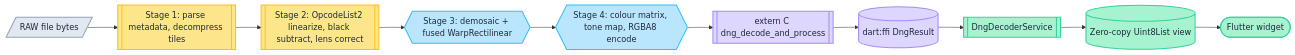
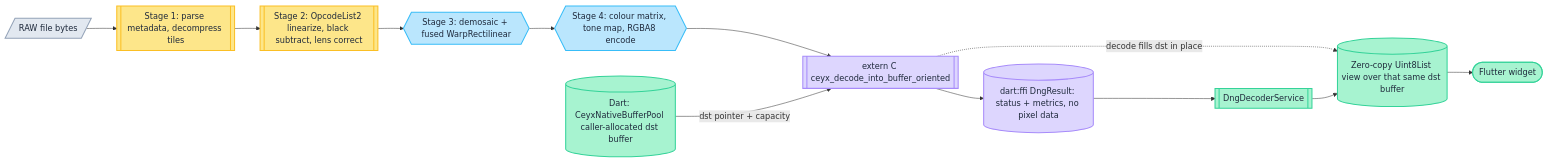
The first of 3 diagrams in README.md (jhangyu/ceyx), drawn with Mermaid before and after one commit. The commit also changed other lines of this file and 3 other files, not shown here.

First line of the commit message:
docs: document still-image codec services + native buffer pool; pod version bump

````diff
--- a/README.md
+++ b/README.md
@@ -186,24 +230,26 @@
 ```mermaid
 flowchart LR
     A[/"RAW file bytes"/] --> B[["Stage 1: parse metadata, decompress tiles"]]
     B --> C[["Stage 2: OpcodeList2 linearize, black subtract, lens correct"]]
     C --> D{{"Stage 3: demosaic + fused WarpRectilinear"}}
     D --> E{{"Stage 4: colour matrix, tone map, RGBA8 encode"}}
-    E --> F[["extern C dng_decode_and_process"]]
-    F --> G[("dart:ffi DngResult")]
+    E --> F[["extern C ceyx_decode_into_buffer_oriented"]]
+    Z[("Dart: CeyxNativeBufferPool caller-allocated dst buffer")] -->|"dst pointer + capacity"| F
+    F --> G[("dart:ffi DngResult: status + metrics, no pixel data")]
     G --> H[["DngDecoderService"]]
-    H --> I[("Zero-copy Uint8List view")]
+    F -.->|"decode fills dst in place"| I[("Zero-copy Uint8List view over that same dst buffer")]
+    H --> I
     I --> J(["Flutter widget"])
 
     classDef input fill:#e2e8f0,stroke:#94a3b8,stroke-width:2px,color:#1e293b
     classDef cpu fill:#fde68a,stroke:#fbbf24,stroke-width:2px,color:#1e293b
     classDef gpu fill:#bae6fd,stroke:#38bdf8,stroke-width:2px,color:#1e293b
     classDef ffi fill:#ddd6fe,stroke:#a78bfa,stroke-width:2px,color:#1e293b
     classDef dart fill:#a7f3d0,stroke:#34d399,stroke-width:2px,color:#1e293b
 
     class A input
     class B,C cpu
     class D,E gpu
     class F,G ffi
-    class H,I,J dart
+    class Z,H,I,J dart
 ```
````
